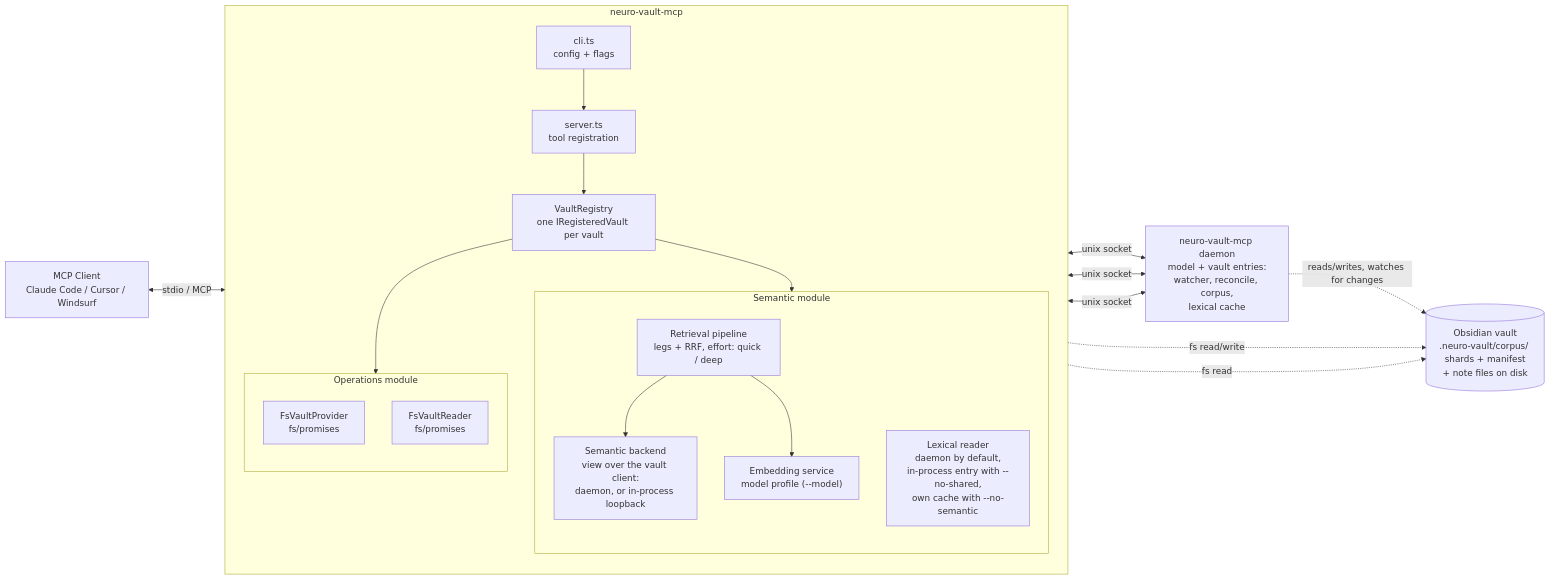
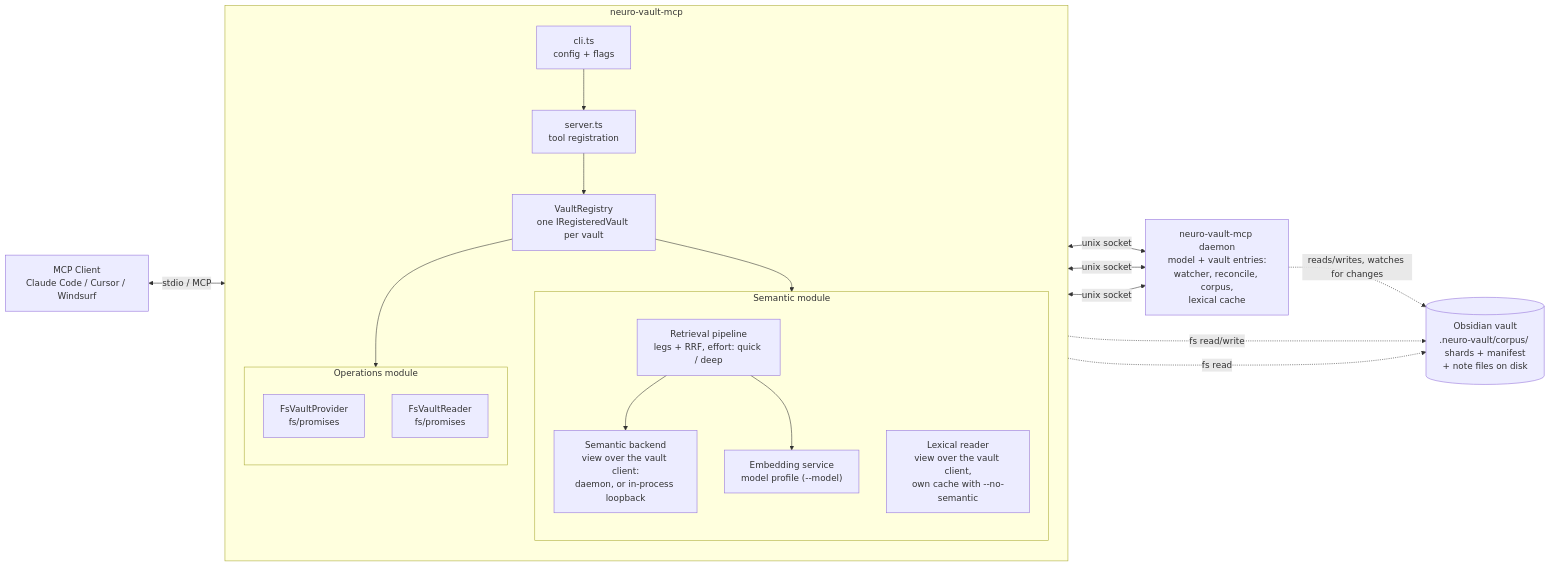
Before and after one commit to AlexMost/neuro-vault: the diagram in docs/architecture/module-structure.md, drawn with Mermaid. The commit also changed other lines of this file and 42 other files, not shown here.

First line of the commit message:
refactor(lexical): the lexical reader as a view over the vault client (#203)

````diff
--- a/docs/architecture/module-structure.md
+++ b/docs/architecture/module-structure.md
@@ -55,37 +55,37 @@
 ```mermaid
 flowchart LR
     Client[MCP Client<br/>Claude Code / Cursor / Windsurf]
     subgraph Server[neuro-vault-mcp]
         direction TB
         CLI[cli.ts<br/>config + flags]
         Core[server.ts<br/>tool registration]
         Registry[VaultRegistry<br/>one IRegisteredVault per vault]
         subgraph Semantic[Semantic module]
             direction TB
             Backend[Semantic backend<br/>view over the vault client:<br/>daemon, or in-process loopback]
             Retrieval[Retrieval pipeline<br/>legs + RRF, effort: quick / deep]
             Embed["Embedding service<br/>model profile (--model)"]
-            Lexical["Lexical reader<br/>daemon by default,<br/>in-process entry with --no-shared,<br/>own cache with --no-semantic"]
+            Lexical["Lexical reader<br/>view over the vault client,<br/>own cache with --no-semantic"]
         end
         subgraph Operations[Operations module]
             direction TB
             Provider[FsVaultProvider<br/>fs/promises]
             Reader[FsVaultReader<br/>fs/promises]
         end
         CLI --> Core
         Core --> Registry
         Registry --> Semantic
         Registry --> Operations
         Retrieval --> Embed
         Retrieval --> Backend
     end
     Daemon[neuro-vault-mcp daemon<br/>model + vault entries:<br/>watcher, reconcile, corpus,<br/>lexical cache]
     Vault[(Obsidian vault<br/>.neuro-vault/corpus/ shards + manifest<br/>+ note files on disk)]
     Client <-->|stdio / MCP| Core
     Backend <-->|unix socket| Daemon
     Embed <-->|unix socket| Daemon
     Daemon -. reads/writes, watches for changes .-> Vault
     Lexical <-->|unix socket| Daemon
     Provider -. fs read/write .-> Vault
     Reader -. fs read .-> Vault
 ```
````
